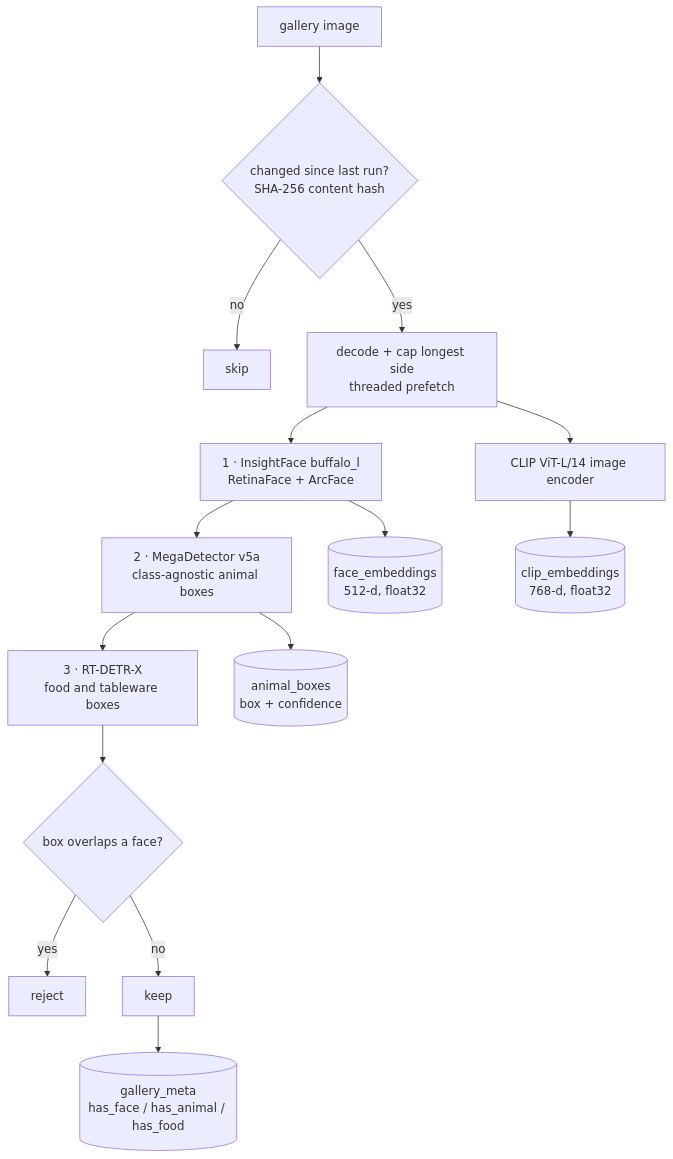
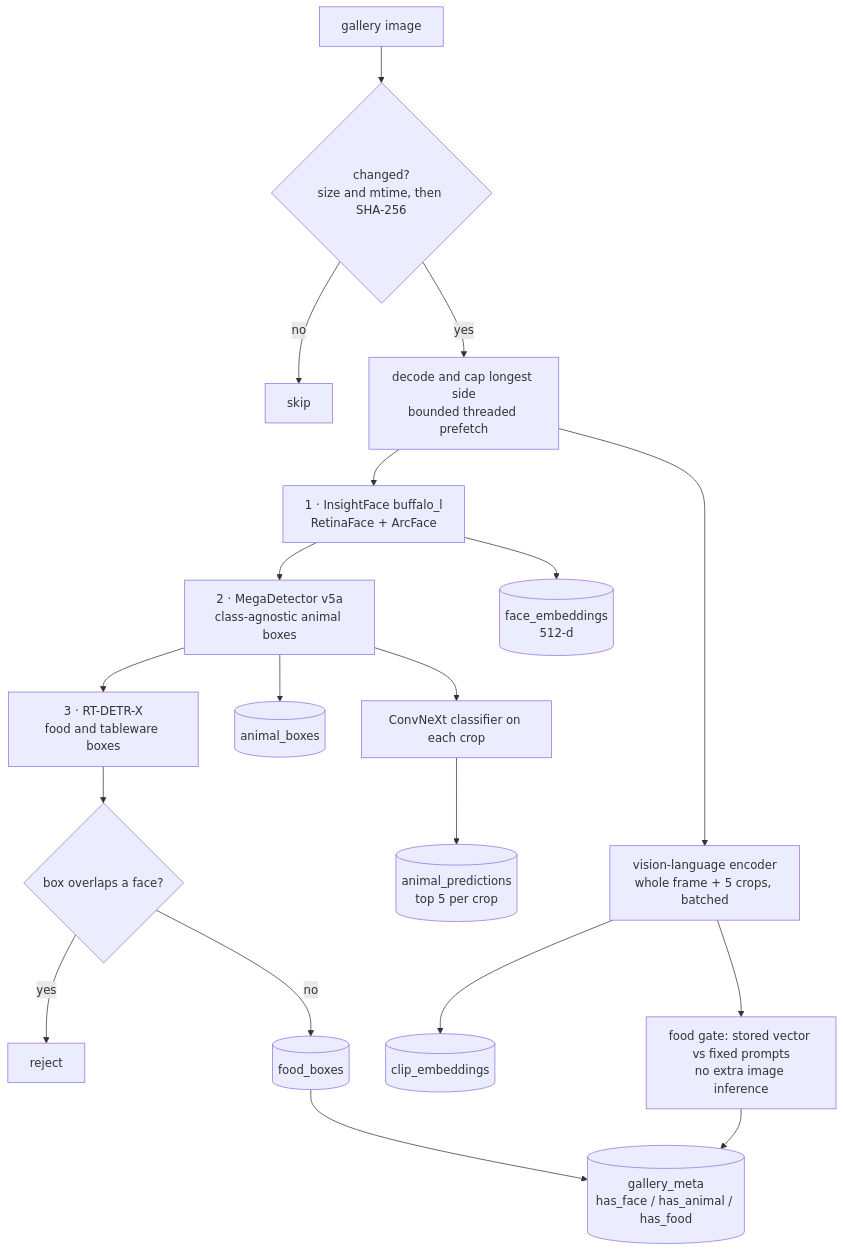
One commit to ParsaVictor/visual-intelligence-engine changed the first of 2 diagrams in docs/architecture.md. Above: the diagram before and after it, drawn with Mermaid. The commit also changed other lines of this file and 45 other files, not shown here.

````diff
--- a/docs/architecture.md
+++ b/docs/architecture.md
@@ -17,19 +17,22 @@
 ```mermaid
 flowchart TD
-    A[gallery image] --> B{changed since last run?<br/>SHA-256 content hash}
+    A[gallery image] --> B{changed?<br/>size and mtime, then SHA-256}
     B -- no --> Z[skip]
-    B -- yes --> C[decode + cap longest side<br/>threaded prefetch]
+    B -- yes --> C[decode and cap longest side<br/>bounded threaded prefetch]
 
     C --> D[1 · InsightFace buffalo_l<br/>RetinaFace + ArcFace]
     D --> E[2 · MegaDetector v5a<br/>class-agnostic animal boxes]
     E --> F[3 · RT-DETR-X<br/>food and tableware boxes]
     F --> G{box overlaps a face?}
     G -- yes --> H[reject]
-    G -- no --> I[keep]
+    G -- no --> I[(food_boxes)]
 
-    D --> J[(face_embeddings<br/>512-d, float32)]
-    E --> K[(animal_boxes<br/>box + confidence)]
-    I --> L[(gallery_meta<br/>has_face / has_animal / has_food)]
-    C --> M[CLIP ViT-L/14 image encoder]
-    M --> N[(clip_embeddings<br/>768-d, float32)]
+    D --> J[(face_embeddings<br/>512-d)]
+    E --> K[(animal_boxes)]
+    E --> S[ConvNeXt classifier on each crop] --> T[(animal_predictions<br/>top 5 per crop)]
+    C --> M[vision-language encoder<br/>whole frame + 5 crops, batched]
+    M --> N[(clip_embeddings)]
+    M --> O[food gate: stored vector vs fixed prompts<br/>no extra image inference]
+    O --> L[(gallery_meta<br/>has_face / has_animal / has_food)]
+    I --> L
 ```
````
